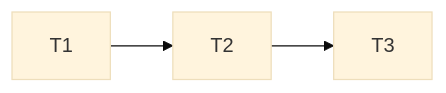
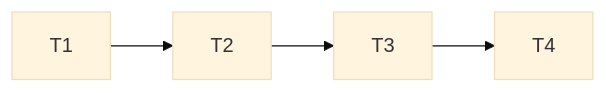
The diagram in .specs/features/billing-simplified/tasks.md (romulosutil/crm-silmer), drawn with Mermaid (base theme) before and after one commit. The commit also changed other lines of this file and 6 other files, not shown here.

````diff
--- a/.specs/features/billing-simplified/tasks.md
+++ b/.specs/features/billing-simplified/tasks.md
@@ -23,5 +23,6 @@
 ```mermaid
 flowchart LR
   T1 --> T2
   T2 --> T3
+  T3 --> T4
 ```
````
